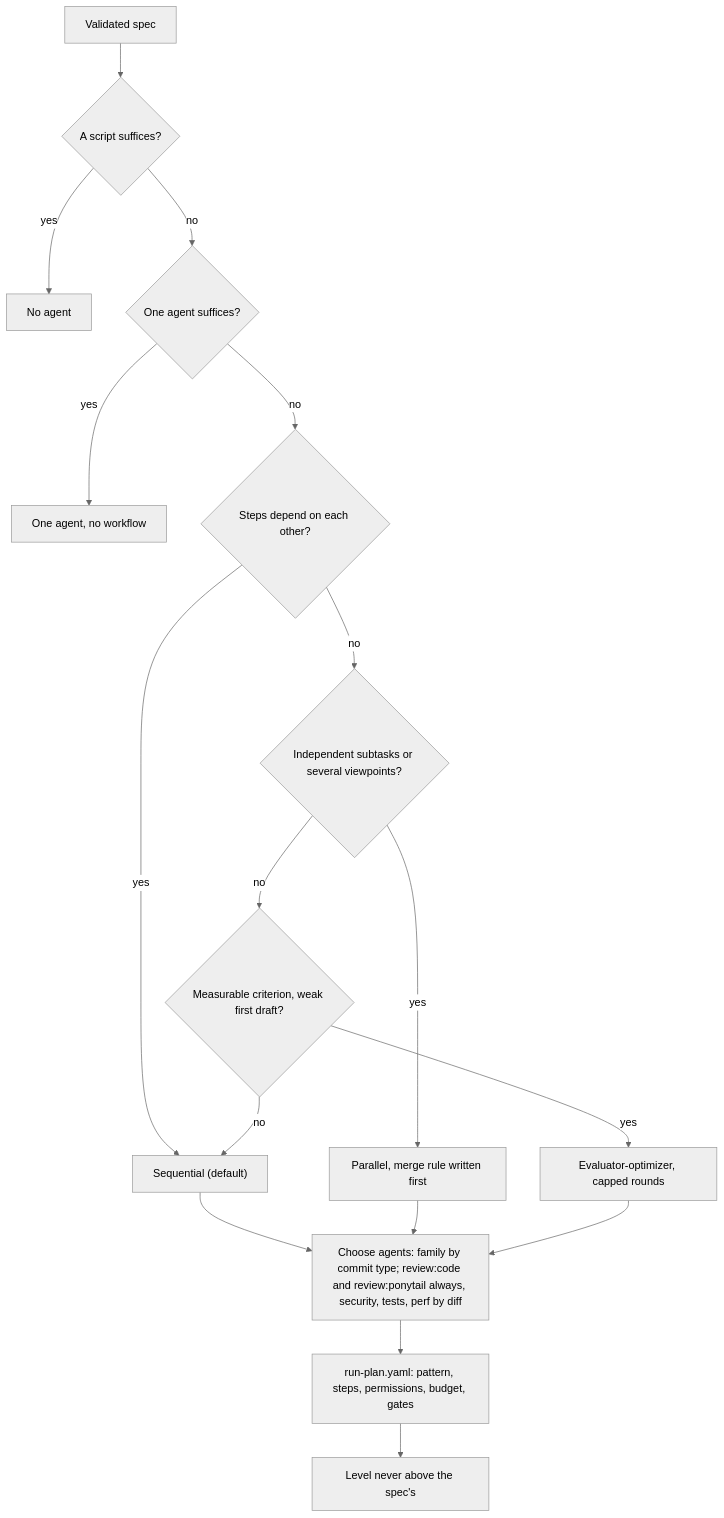
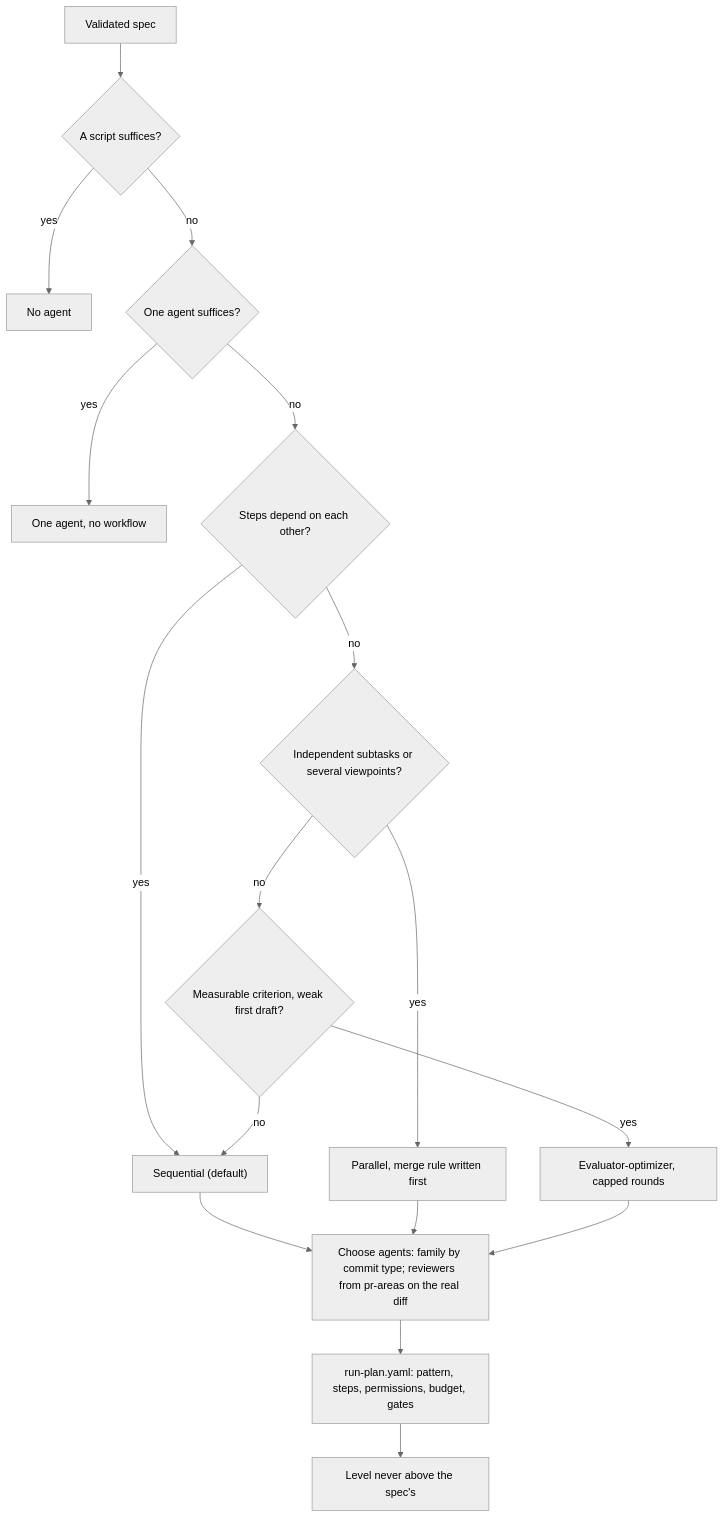
The fourth of 5 diagrams in src/agents/core/SCHEMA.md (nicolasmondain/adorno), drawn with Mermaid (neutral theme) before and after one commit. The commit also changed other lines of this file and 718 other files, not shown here.

First line of the commit message:
refactor(agents)!: merge the perf reviewers into review:front and review:back (#39)

````diff
--- a/src/agents/core/SCHEMA.md
+++ b/src/agents/core/SCHEMA.md
@@ -66,19 +66,19 @@
 ```mermaid
 flowchart TD
   A["Validated spec"] --> B{"A script suffices?"}
   B -->|"yes"| N["No agent"]
   B -->|"no"| C{"One agent suffices?"}
   C -->|"yes"| O["One agent, no workflow"]
   C -->|"no"| D{"Steps depend on each other?"}
   D -->|"yes"| P["Sequential (default)"]
   D -->|"no"| E{"Independent subtasks or several viewpoints?"}
   E -->|"yes"| Q["Parallel, merge rule written first"]
   E -->|"no"| F{"Measurable criterion, weak first draft?"}
   F -->|"yes"| R["Evaluator-optimizer, capped rounds"]
   F -->|"no"| P
-  P --> G["Choose agents: family by commit type; review:code and review:ponytail always, security, tests, perf by diff"]
+  P --> G["Choose agents: family by commit type; reviewers from pr-areas on the real diff"]
   Q --> G
   R --> G
   G --> H["run-plan.yaml: pattern, steps, permissions, budget, gates"]
   H --> I["Level never above the spec's"]
 ```
````
